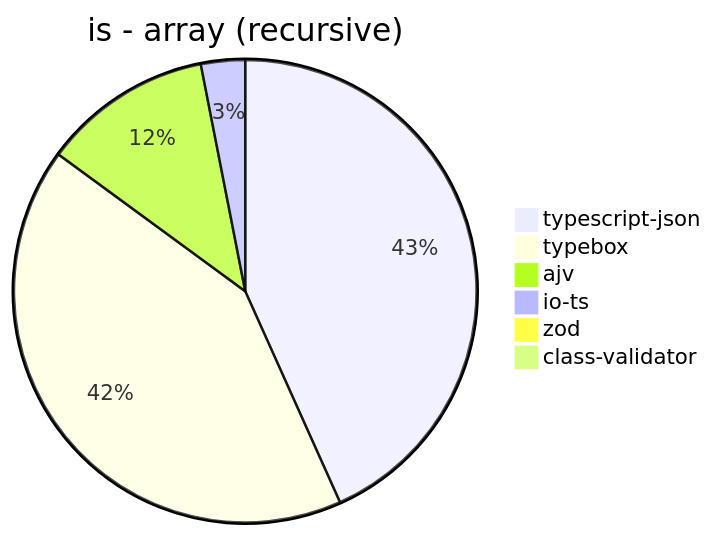
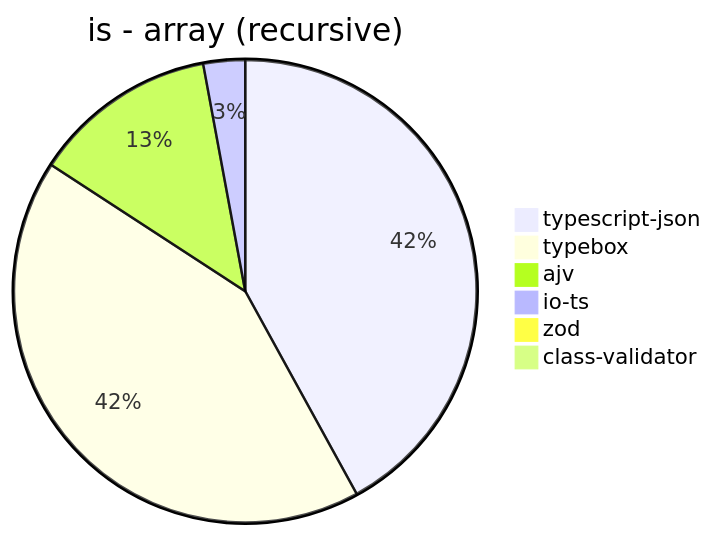
Before and after one commit to samchon/typia: the fifth of 38 diagrams in benchmark/results/AMD Ryzen 7 5800H with Radeon Graphics.md, drawn with Mermaid. The commit also changed other lines of this file and 189 other files, not shown here.

````diff
--- a/benchmark/results/AMD Ryzen 7 5800H with Radeon Graphics.md
+++ b/benchmark/results/AMD Ryzen 7 5800H with Radeon Graphics.md
@@ -65,9 +65,9 @@
 ```mermaid
 pie title is - array (recursive)
-  "typescript-json": 7089.541284403669
-  "typebox": 6843.205574912891
-  "ajv": 1942.1532846715327
-  "io-ts": 504.82553823311065
-  "zod": 8.458646616541353
-  "class-validator": 3.138268414251431
+  "typescript-json": 7138.827433628318
+  "typebox": 7170.536875348319
+  "ajv": 2192.2583012291325
+  "io-ts": 495.5522609340252
+  "zod": 8.598130841121495
+  "class-validator": 3.1669150521609537
 ```
````
